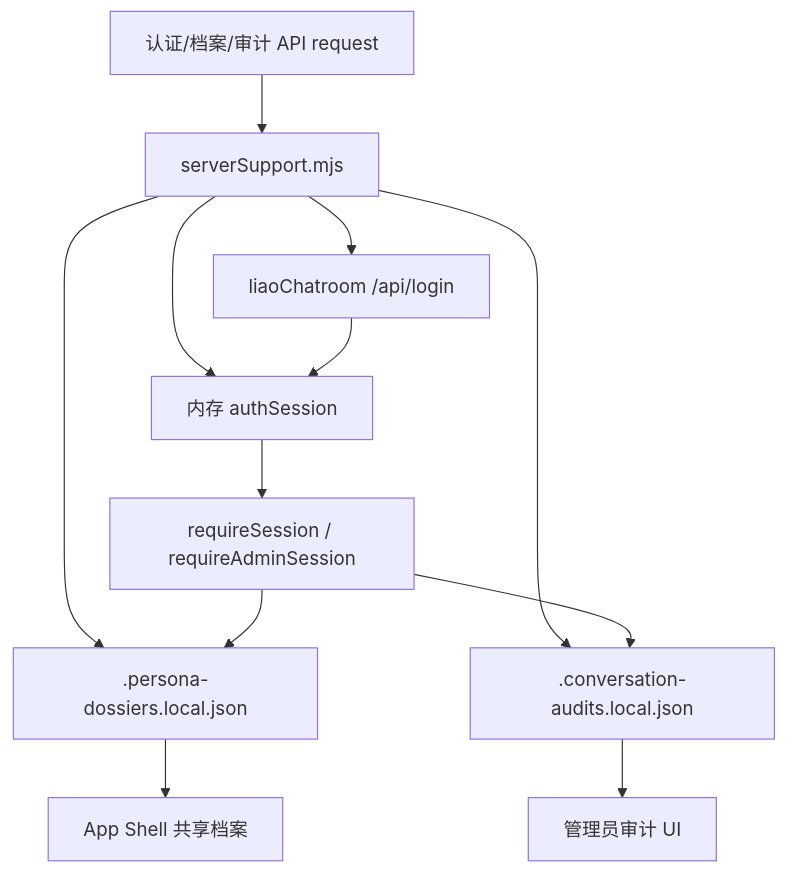
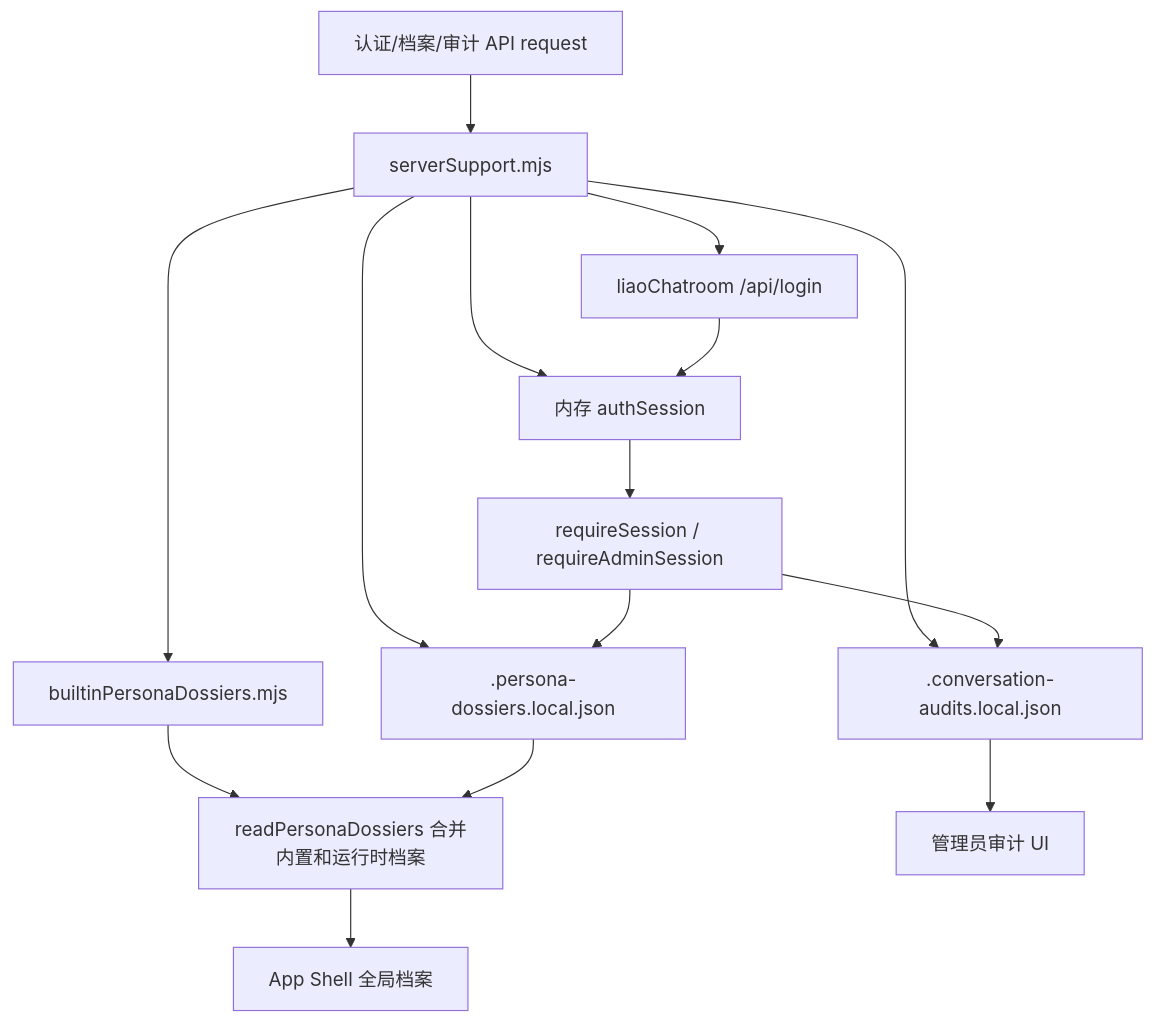
Diagram 26 of 30 in docs/SYSTEM_FLOW.md (ttmanthatman/virtual-human-flow), drawn with Mermaid before and after one commit. The commit also changed other lines of this file and 13 other files, not shown here.

Commit message:
Add grouped persona dossiers with locations

````diff
--- a/docs/SYSTEM_FLOW.md
+++ b/docs/SYSTEM_FLOW.md
@@ -555,14 +572,17 @@
 ```mermaid
 flowchart TD
     REQ["认证/档案/审计 API request"] --> SUPPORT["serverSupport.mjs"]
     SUPPORT --> LIAO["liaoChatroom /api/login"]
     SUPPORT --> SESS["内存 authSession"]
+    SUPPORT --> BUILTIN["builtinPersonaDossiers.mjs"]
     SUPPORT --> DOS[".persona-dossiers.local.json"]
     SUPPORT --> AUD[".conversation-audits.local.json"]
     LIAO --> SESS
     SESS --> PERM["requireSession / requireAdminSession"]
+    BUILTIN --> MERGE["readPersonaDossiers 合并内置和运行时档案"]
     PERM --> DOS
     PERM --> AUD
-    DOS --> APP["App Shell 共享档案"]
+    DOS --> MERGE
+    MERGE --> APP["App Shell 全局档案"]
     AUD --> ADMINUI["管理员审计 UI"]
 ```
````
